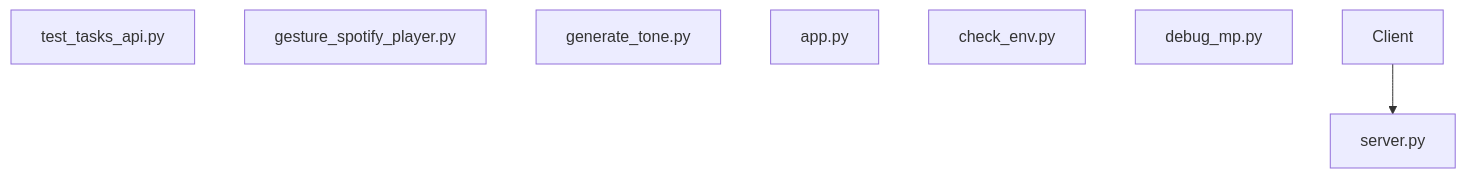
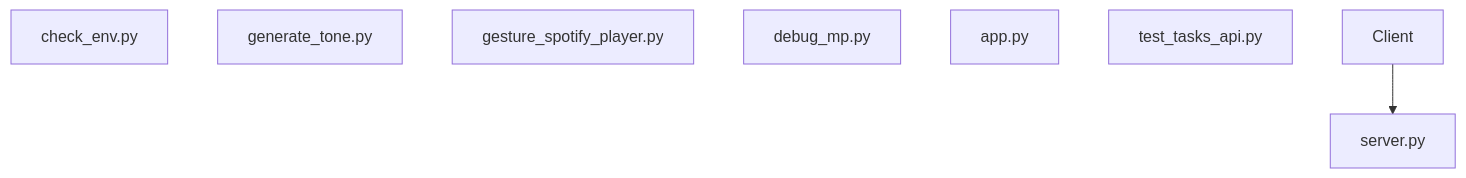
The diagram in diagrams/architecture.mermaid (NITISH-R-G/PalmPlay), drawn with Mermaid before and after one commit. The commit also changed other lines of this file and 3 other files, not shown here.

Commit message:
docs(auto): Update repository architecture and README [skip ci]

```diff
--- a/diagrams/architecture.mermaid
+++ b/diagrams/architecture.mermaid
@@ -1,9 +1,9 @@
 graph TD;
+    check_env["check_env.py"];
+    generate_tone["generate_tone.py"];
+    gesture_spotify_player["gesture_spotify_player.py"];
     server["server.py"];
+    debug_mp["debug_mp.py"];
+    app["app.py"];
     test_tasks_api["test_tasks_api.py"];
-    gesture_spotify_player["gesture_spotify_player.py"];
-    generate_tone["generate_tone.py"];
-    app["app.py"];
-    check_env["check_env.py"];
-    debug_mp["debug_mp.py"];
     Client --> server;
```
